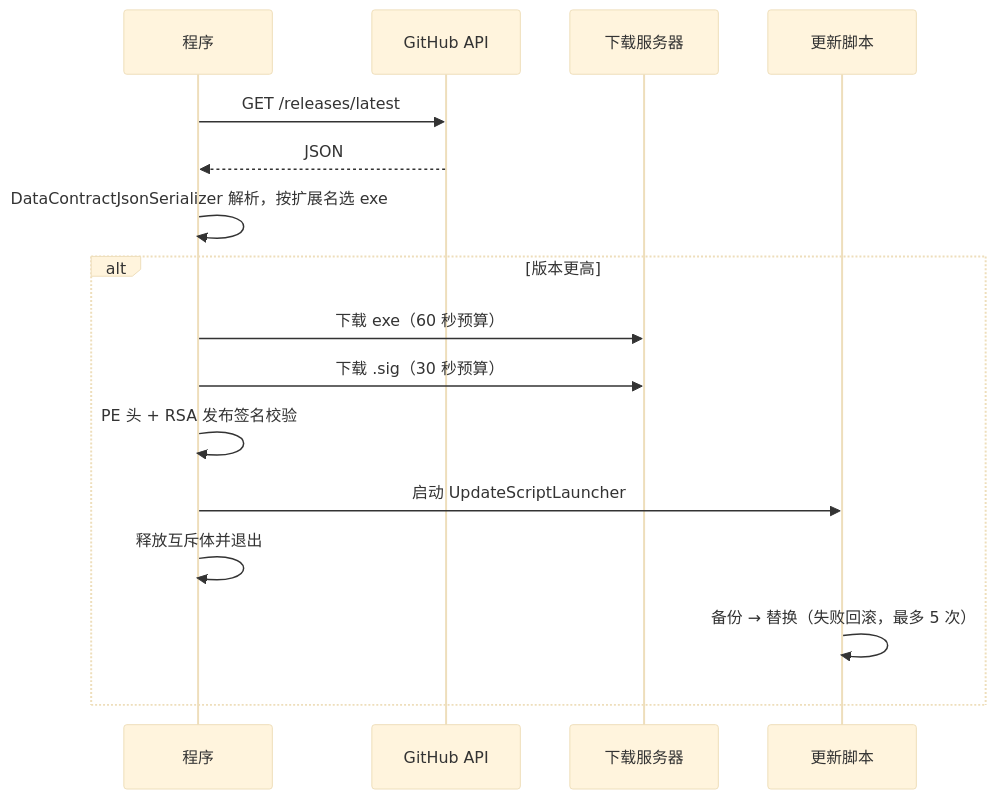
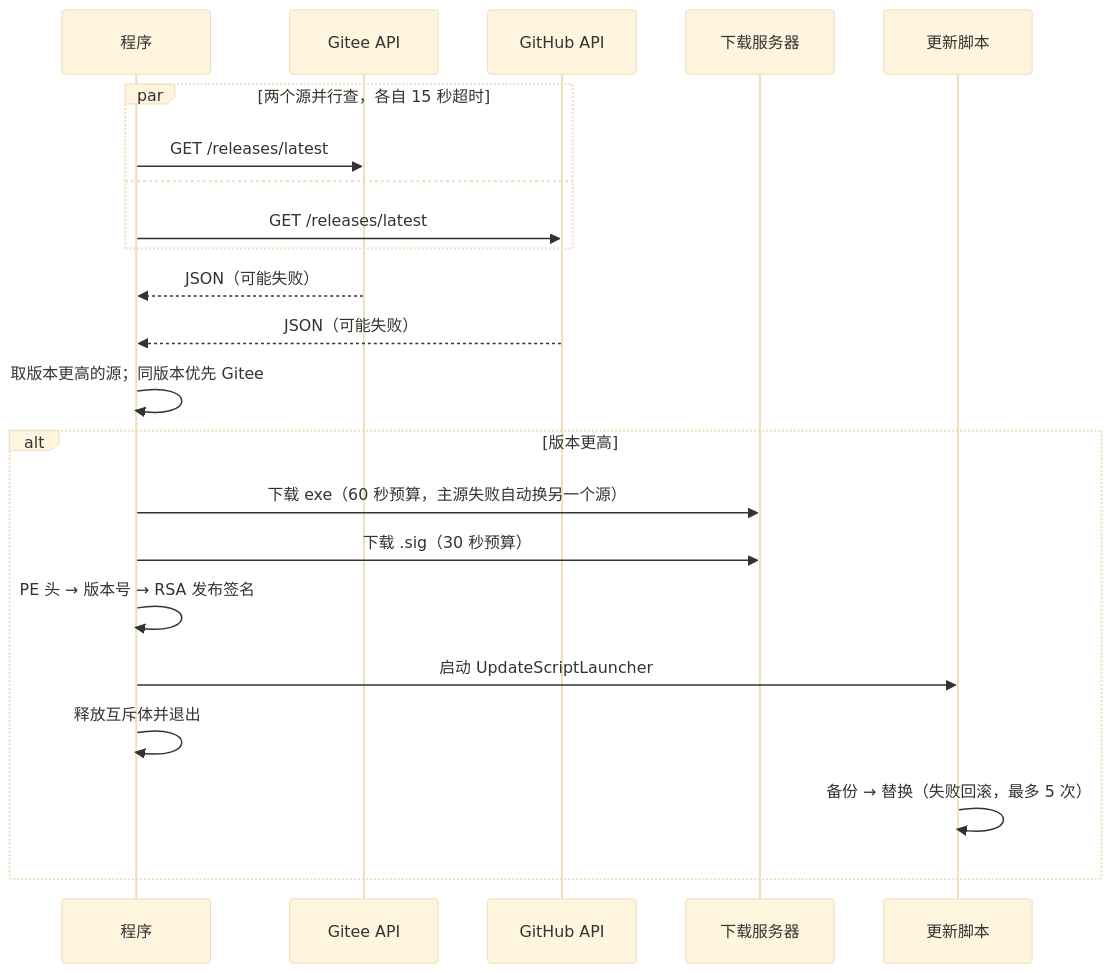
The diagram in README.md (Foxelf-Studio/SeewoOptimizer), drawn with Mermaid (base theme) before and after one commit. The commit also changed other lines of this file and 7 other files, not shown here.

````diff
--- a/README.md
+++ b/README.md
@@ -167,19 +167,25 @@
 ```mermaid
 sequenceDiagram
     participant P as 程序
-    participant G as GitHub API
+    participant G as Gitee API
+    participant H as GitHub API
     participant D as 下载服务器
     participant B as 更新脚本
 
-    P->>G: GET /releases/latest
-    G-->>P: JSON
-    P->>P: DataContractJsonSerializer 解析，按扩展名选 exe
+    par 两个源并行查，各自 15 秒超时
+        P->>G: GET /releases/latest
+    and
+        P->>H: GET /releases/latest
+    end
+    G-->>P: JSON（可能失败）
+    H-->>P: JSON（可能失败）
+    P->>P: 取版本更高的源；同版本优先 Gitee
     alt 版本更高
-        P->>D: 下载 exe（60 秒预算）
+        P->>D: 下载 exe（60 秒预算，主源失败自动换另一个源）
         P->>D: 下载 .sig（30 秒预算）
-        P->>P: PE 头 + RSA 发布签名校验
+        P->>P: PE 头 → 版本号 → RSA 发布签名
         P->>B: 启动 UpdateScriptLauncher
         P->>P: 释放互斥体并退出
         B->>B: 备份 → 替换（失败回滚，最多 5 次）
     end
 ```
````
